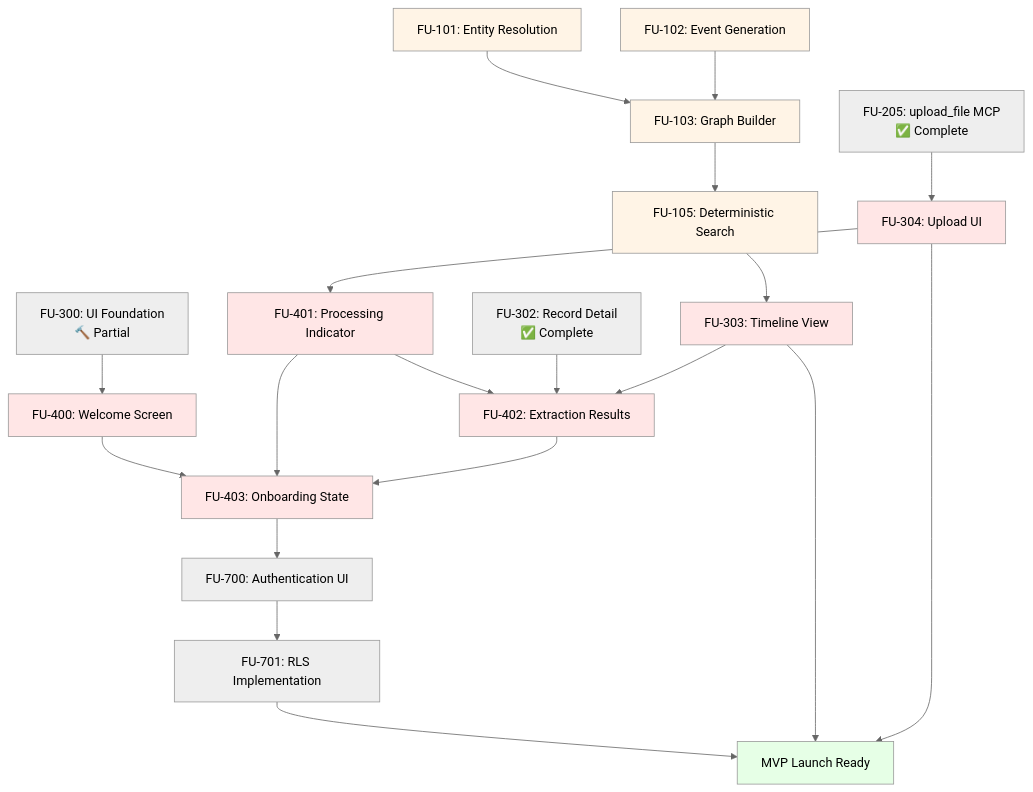
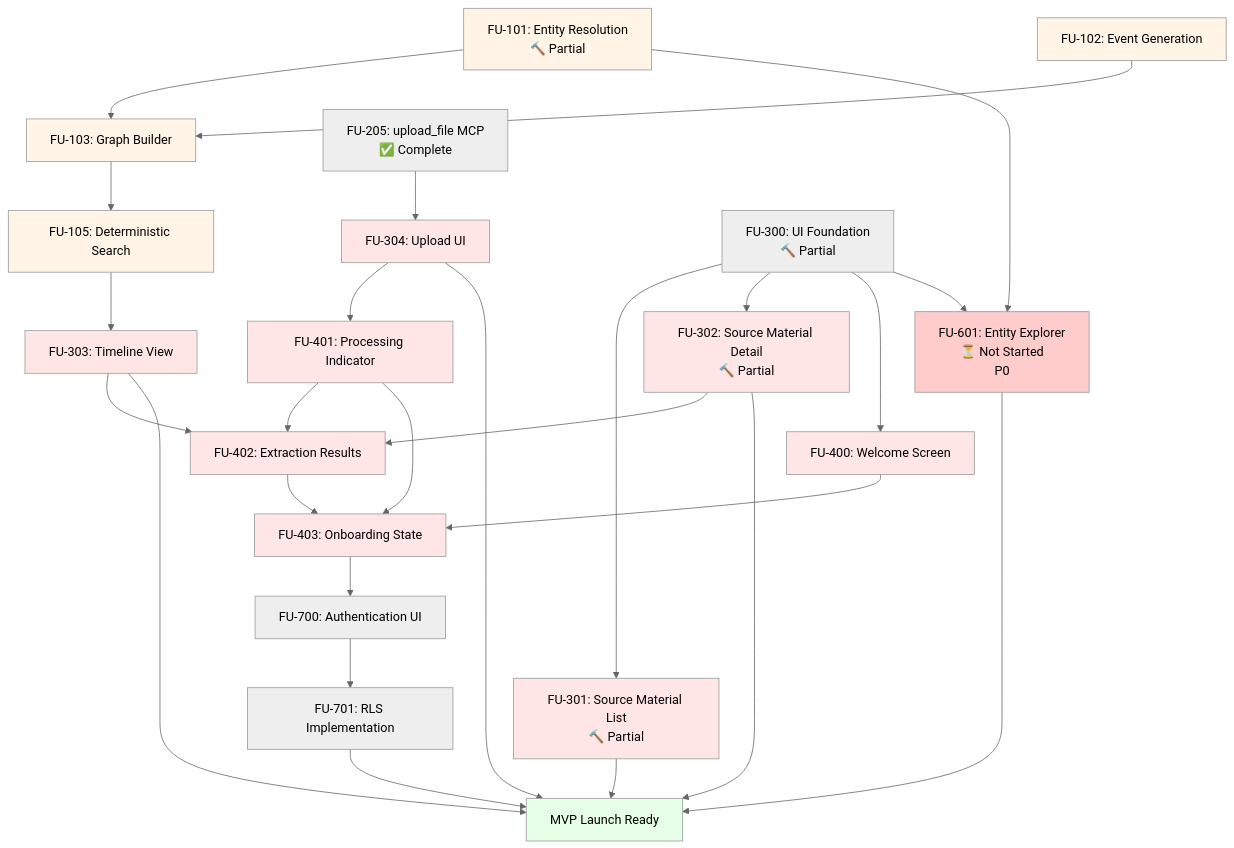
One commit to markmhendrickson/neotoma changed the diagram in docs/specs/MVP_FEATURE_UNITS.md. Above: the diagram before and after it, drawn with Mermaid. The commit also changed other lines of this file and 112 other files, not shown here.

````diff
--- a/docs/specs/MVP_FEATURE_UNITS.md
+++ b/docs/specs/MVP_FEATURE_UNITS.md
@@ -1160,33 +1184,46 @@
 ```mermaid
 %%{init: {'theme':'neutral'}}%%
 graph TD
     FU101[FU-101: Entity Resolution] --> FU103[FU-103: Graph Builder]
     FU102[FU-102: Event Generation] --> FU103
     FU103 --> FU105[FU-105: Deterministic Search]
     FU105 --> FU303[FU-303: Timeline View]
     FU205[FU-205: upload_file MCP<br/>✅ Complete] --> FU304[FU-304: Upload UI]
-    FU300[FU-300: UI Foundation<br/>🔨 Partial] --> FU400[FU-400: Welcome Screen]
+    FU300[FU-300: UI Foundation<br/>🔨 Partial] --> FU301[FU-301: Source Material List<br/>🔨 Partial]
+    FU300 --> FU302[FU-302: Source Material Detail<br/>🔨 Partial]
+    FU300 --> FU400[FU-400: Welcome Screen]
+    FU101[FU-101: Entity Resolution<br/>🔨 Partial] --> FU601[FU-601: Entity Explorer<br/>⏳ Not Started<br/>P0]
+    FU300 --> FU601
     FU304 --> FU401[FU-401: Processing Indicator]
     FU401 --> FU402[FU-402: Extraction Results]
-    FU302[FU-302: Record Detail<br/>✅ Complete] --> FU402
+    FU302 --> FU402
     FU303 --> FU402
     FU400 --> FU403[FU-403: Onboarding State]
     FU401 --> FU403
     FU402 --> FU403
     FU403 --> FU700[FU-700: Authentication UI]
     FU700 --> FU701[FU-701: RLS Implementation]
     FU701 --> Launch[MVP Launch Ready]
+    FU301 --> Launch
+    FU302 --> Launch
     FU303 --> Launch
     FU304 --> Launch
+    FU601 --> Launch
     style FU101 fill:#fff4e6
     style FU102 fill:#fff4e6
     style FU103 fill:#fff4e6
     style FU105 fill:#fff4e6
+    style FU301 fill:#ffe6e6
+    style FU302 fill:#ffe6e6
+    style FU601 fill:#ffcccc
+    style FU301 fill:#ffe6e6
+    style FU302 fill:#ffe6e6
     style FU303 fill:#ffe6e6
+    style FU601 fill:#ffcccc
     style FU304 fill:#ffe6e6
     style FU400 fill:#ffe6e6
     style FU401 fill:#ffe6e6
     style FU402 fill:#ffe6e6
     style FU403 fill:#ffe6e6
     style Launch fill:#e6ffe6
 ```
````
